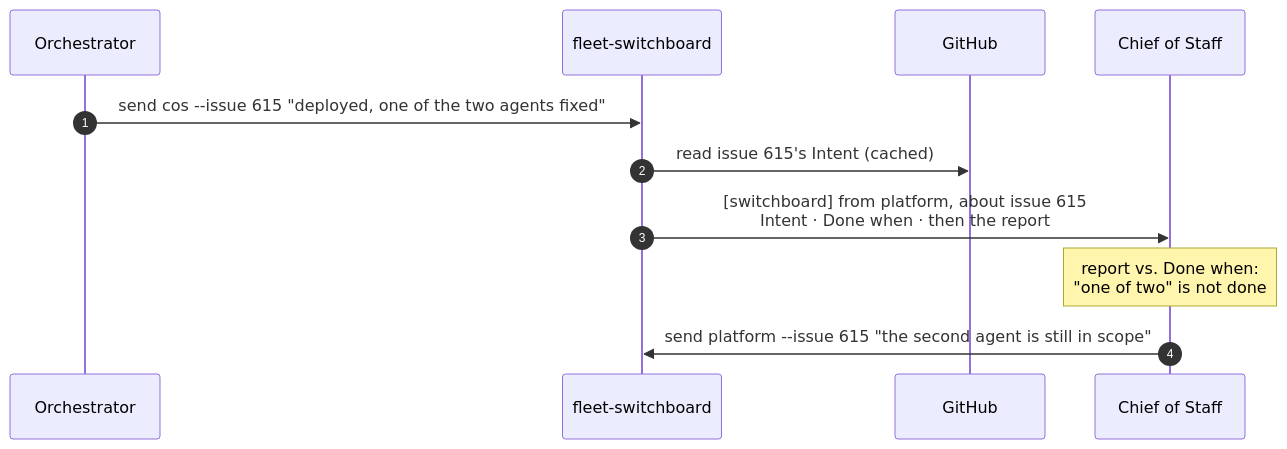
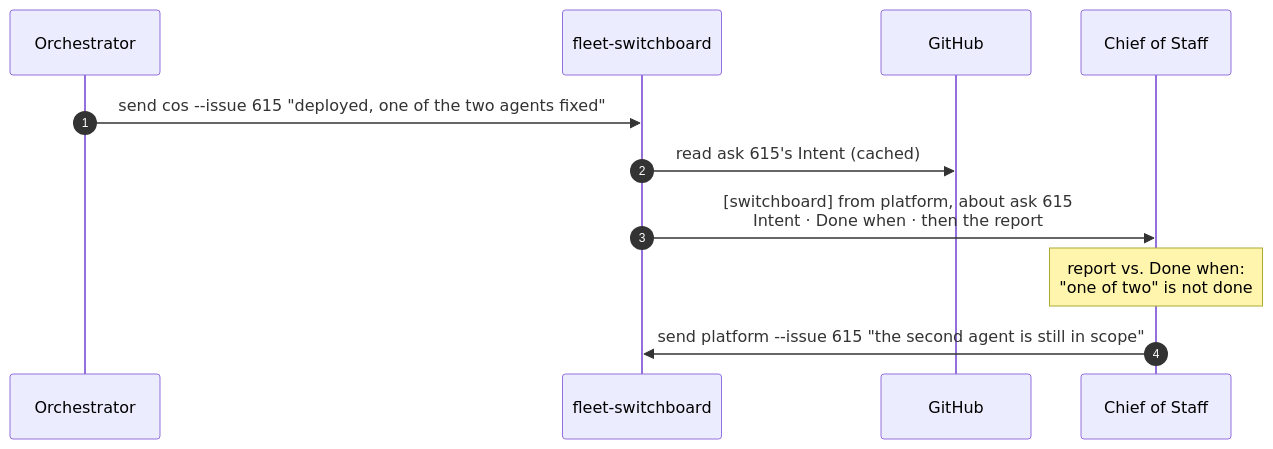
One commit to adamkaplan/fleet-kit changed the eighth of 13 diagrams in docs/switchboard.md. Above: the diagram before and after it, drawn with Mermaid. The commit also changed other lines of this file, not shown here.

First line of the commit message:
docs: switchboard: asks as the intent anchor; foreground and background as PR 8

````diff
--- a/docs/switchboard.md
+++ b/docs/switchboard.md
@@ -470,13 +514,13 @@
 ```mermaid
 sequenceDiagram
   autonumber
   participant O as Orchestrator
   participant SB as fleet-switchboard
   participant GH as GitHub
   participant C as Chief of Staff
   O->>SB: send cos --issue 615 "deployed, one of the two agents fixed"
-  SB->>GH: read issue 615's Intent (cached)
-  SB->>C: [switchboard] from platform, about issue 615<br/>Intent · Done when · then the report
+  SB->>GH: read ask 615's Intent (cached)
+  SB->>C: [switchboard] from platform, about ask 615<br/>Intent · Done when · then the report
   Note over C: report vs. Done when:<br/>"one of two" is not done
   C->>SB: send platform --issue 615 "the second agent is still in scope"
 ```
````
